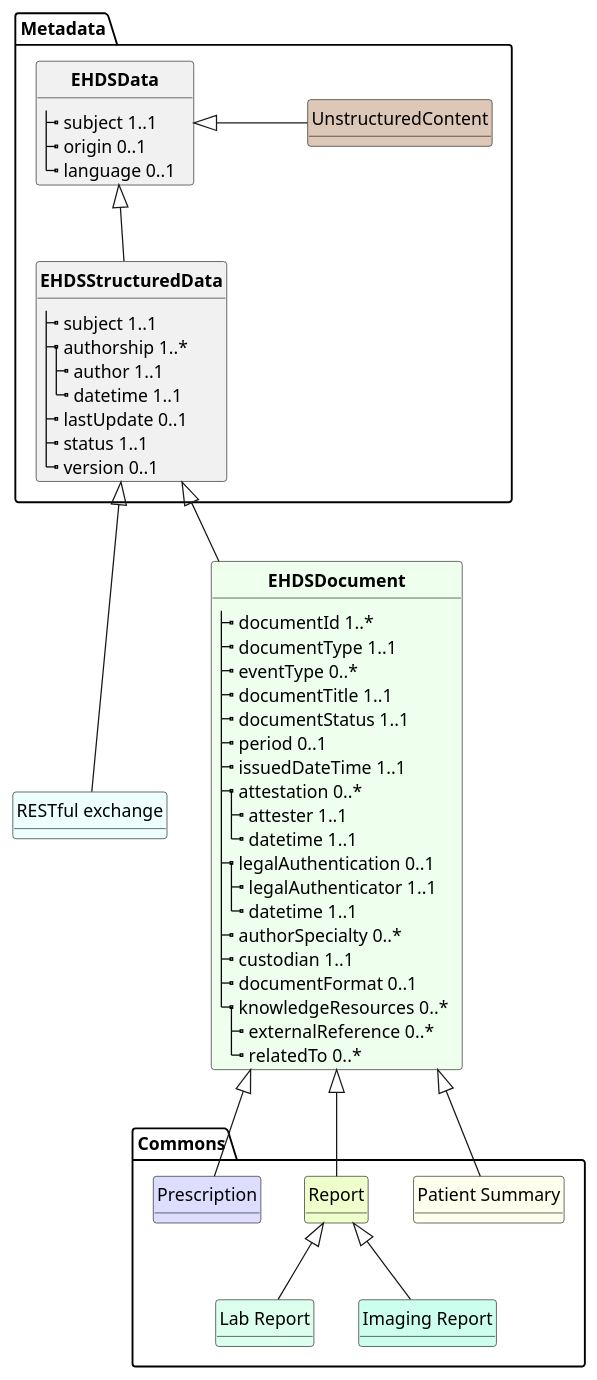
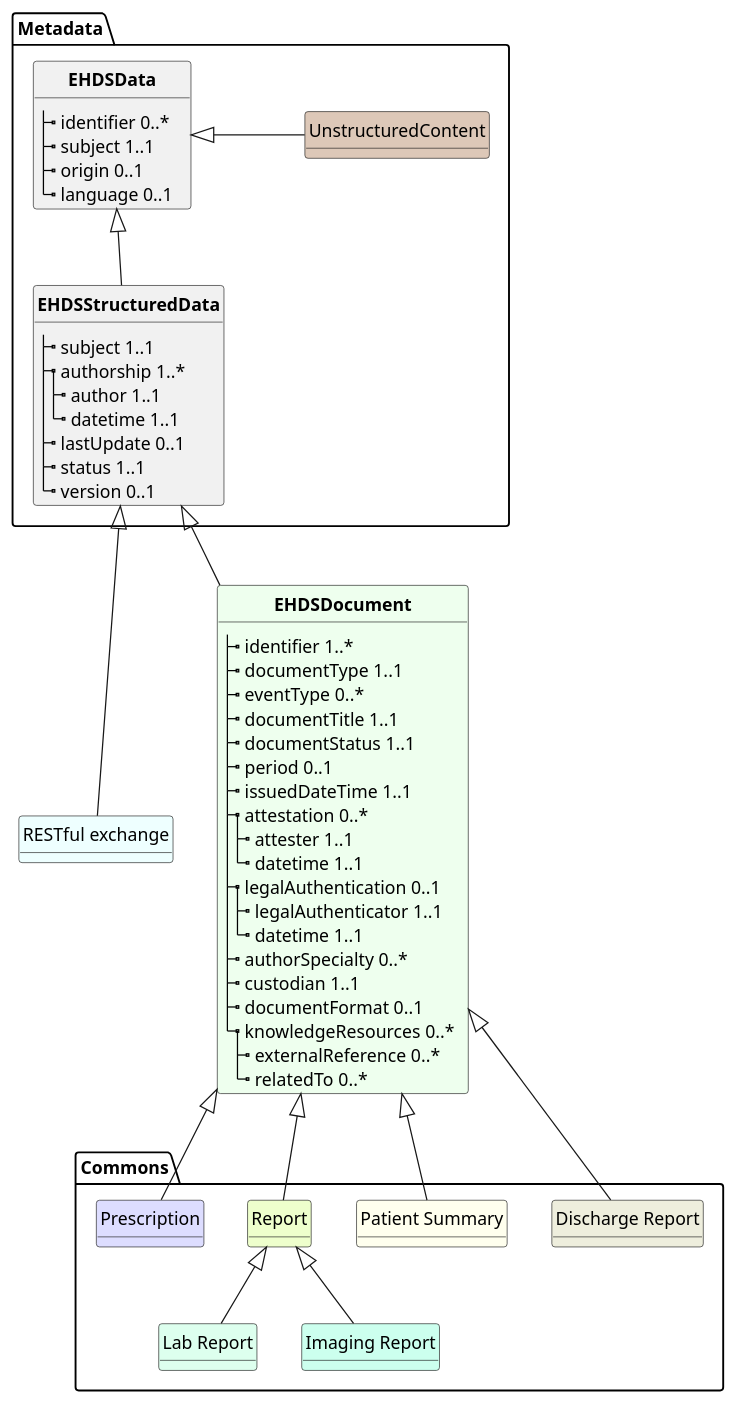
One commit to Xt-EHR/xt-ehr-metadata changed the diagram in input/images-source/common.plantuml. Above: the diagram before and after it, drawn with PlantUML.

Commit message:
work on diagram

```diff
--- a/input/images-source/common.plantuml
+++ b/input/images-source/common.plantuml
@@ -1,91 +1,95 @@
 @startuml
 skinparam linetype polyline
 hide circle
 hide stereotype
 hide methods
 
 
 package "Metadata" {
 
 class "**EHDSData**" as EHDSData {
+  |_ identifier 0..*
   |_ subject 1..1   
   |_ origin 0..1   
   |_ language 0..1    
 }
 
 class "**EHDSStructuredData**" as EHDSStructuredData {
   |_ subject 1..1   
   |_ authorship 1..*   
     |_ author 1..1   
     |_ datetime 1..1   
   |_ lastUpdate 0..1   
   |_ status 1..1   
   |_ version 0..1   
 }
 
     class "UnstructuredContent" as EHDSUnStructuredContent #DDC8B8 {
     }
 
     EHDSData <|-- EHDSStructuredData
     EHDSData <|-r- EHDSUnStructuredContent: "                "
 }
 
 package "Commons" {
     class "Prescription" as Prescription #ddf {
     }
 
     class "Report" as Report #efc {
     }
 
     class "Patient Summary" as PatientSummary #ffe {
     }
 
+    class "Discharge Report" as DischargeReport #eed {
+    }
+
     class "Lab Report" as LabReport #dfe {
     }
 
     class "Imaging Report" as ImagingReport #cfe {
     }
 
     Report <|-- LabReport
     Report <|-- ImagingReport
 }
 
 class "RESTful exchange" as RESTfulExchange #eff {
 }
 
 
 class "**EHDSDocument**" as EHDSDocument #efe {
-  |_ documentId 1..*   
+  |_ identifier 1..*   
   |_ documentType 1..1   
   |_ eventType 0..*   
   |_ documentTitle 1..1   
   |_ documentStatus 1..1   
   |_ period 0..1   
   |_ issuedDateTime 1..1   
   |_ attestation 0..*   
     |_ attester 1..1   
     |_ datetime 1..1   
   |_ legalAuthentication 0..1   
     |_ legalAuthenticator 1..1   
     |_ datetime 1..1   
   |_ authorSpecialty 0..*   
   |_ custodian 1..1   
   |_ documentFormat 0..1   
   |_ knowledgeResources 0..*   
     |_ externalReference 0..*   
     |_ relatedTo 0..*   
 }
 
 EHDSStructuredData <|-- RESTfulExchange
 
 EHDSStructuredData <|-- EHDSDocument
 
 EHDSDocument <|-- Prescription
 EHDSDocument <|-- Report
 EHDSDocument <|-- PatientSummary
-
+EHDSDocument <|-- DischargeReport
 
 
 
 
 @enduml
```
